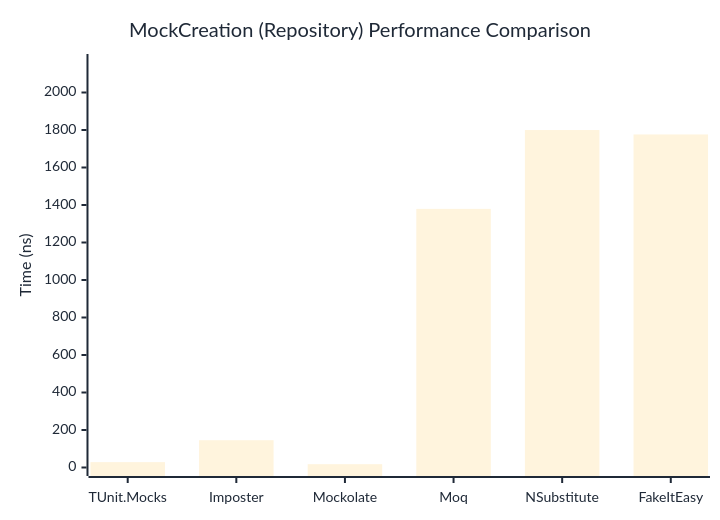
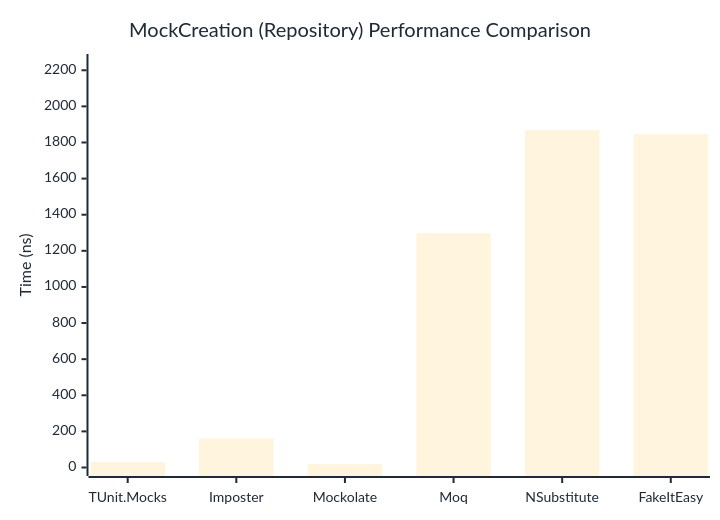
Before and after one commit to thomhurst/TUnit: the second of 2 diagrams in docs/docs/benchmarks/mocks/MockCreation.md, drawn with Mermaid. The commit also changed other lines of this file and 14 other files, not shown here.

````diff
--- a/docs/docs/benchmarks/mocks/MockCreation.md
+++ b/docs/docs/benchmarks/mocks/MockCreation.md
@@ -71,27 +71,27 @@
 ```mermaid
 %%{init: {
   'theme':'base',
   'themeVariables': {
     'primaryColor': '#2563eb',
     'primaryTextColor': '#1f2937',
     'primaryBorderColor': '#1e40af',
     'lineColor': '#6b7280',
     'secondaryColor': '#7c3aed',
     'tertiaryColor': '#dc2626',
     'background': '#ffffff',
     'pie1': '#2563eb',
     'pie2': '#7c3aed',
     'pie3': '#dc2626',
     'pie4': '#f59e0b',
     'pie5': '#10b981',
     'pie6': '#06b6d4',
     'pie7': '#ec4899',
     'pie8': '#6366f1'
   }
 }}%%
 xychart-beta
   title "MockCreation (Repository) Performance Comparison"
   x-axis ["TUnit.Mocks", "Imposter", "Mockolate", "Moq", "NSubstitute", "FakeItEasy"]
-  y-axis "Time (ns)" 0 --> 2160
-  bar [28.62, 145.56, 17.67, 1379.28, 1799.71, 1776.3]
+  y-axis "Time (ns)" 0 --> 2243
+  bar [30.53, 160.83, 18.29, 1297.29, 1868.75, 1845.63]
 ```
````
